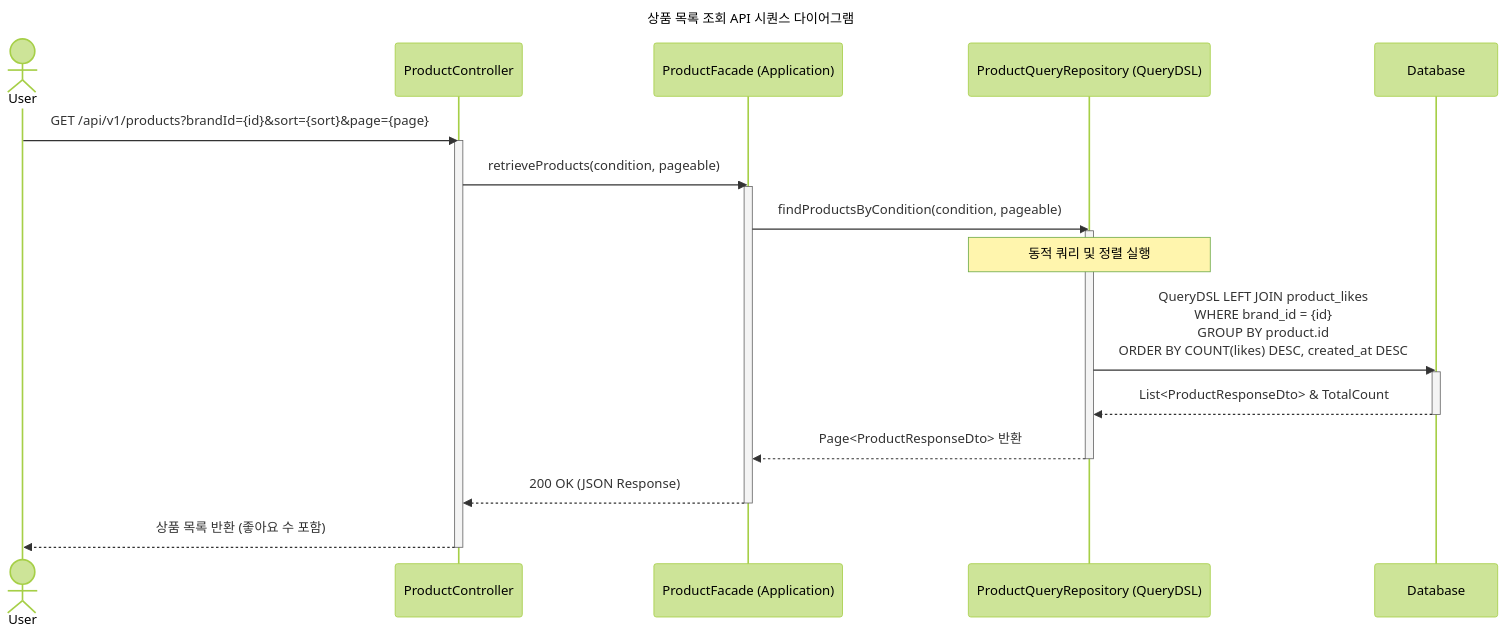
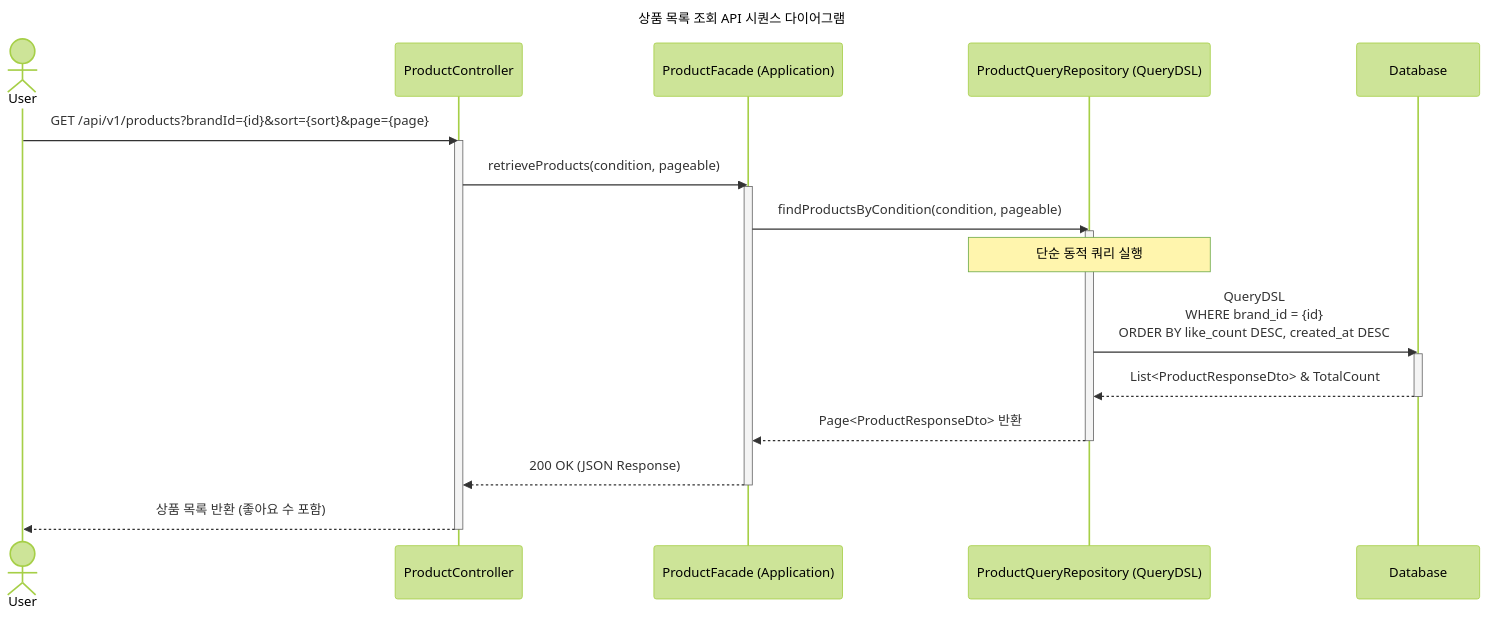
The fifth of 5 diagrams in docs/week2/02-sequence-diagrams.md (loopers-labs/loop-pack-be-l2-vol4-java), drawn with Mermaid (forest theme) before and after one commit. The commit also changed other lines of this file and 3 other files, not shown here.

````diff
--- a/docs/week2/02-sequence-diagrams.md
+++ b/docs/week2/02-sequence-diagrams.md
@@ -170,33 +186,33 @@
 ```mermaid
 sequenceDiagram
     title 상품 목록 조회 API 시퀀스 다이어그램
     actor User
     participant Controller as ProductController
     participant Facade as ProductFacade (Application)
     participant Repo as ProductQueryRepository (QueryDSL)
     participant DB as Database
 
     User->>Controller: GET /api/v1/products?brandId={id}&sort={sort}&page={page}
     activate Controller
 
     Controller->>Facade: retrieveProducts(condition, pageable)
     activate Facade
 
     Facade->>Repo: findProductsByCondition(condition, pageable)
     activate Repo
     
-    Note over Repo: 동적 쿼리 및 정렬 실행
-    Repo->>DB: QueryDSL LEFT JOIN product_likes<br/>WHERE brand_id = {id}<br/>GROUP BY product.id<br/>ORDER BY COUNT(likes) DESC, created_at DESC
+    Note over Repo: 단순 동적 쿼리 실행
+    Repo->>DB: QueryDSL<br/>WHERE brand_id = {id}<br/>ORDER BY like_count DESC, created_at DESC
     activate DB
     DB-->>Repo: List<ProductResponseDto> & TotalCount
     deactivate DB
 
     Repo-->>Facade: Page<ProductResponseDto> 반환
     deactivate Repo
 
     Facade-->>Controller: 200 OK (JSON Response)
     deactivate Facade
 
     Controller-->>User: 상품 목록 반환 (좋아요 수 포함)
     deactivate Controller
 ```
````
